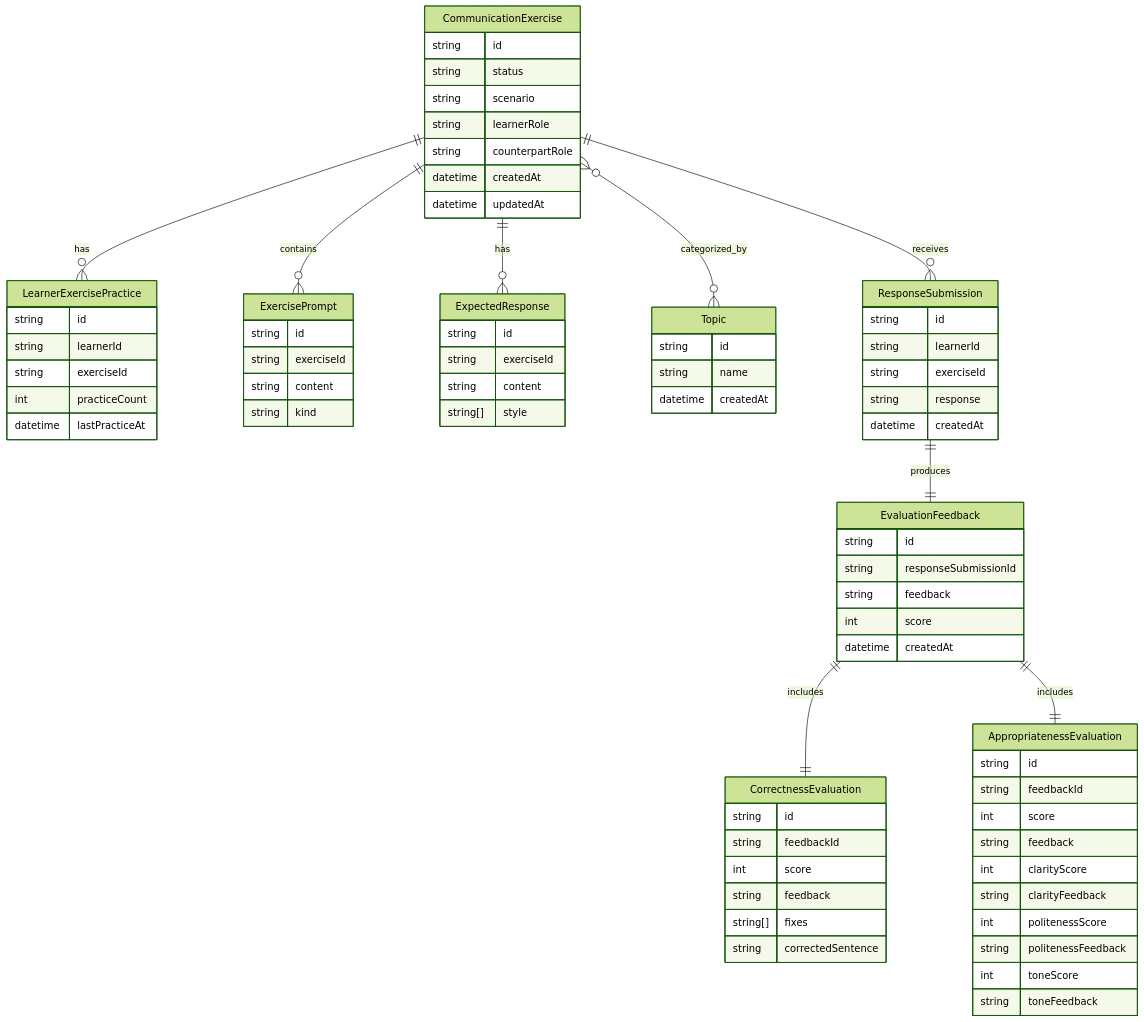
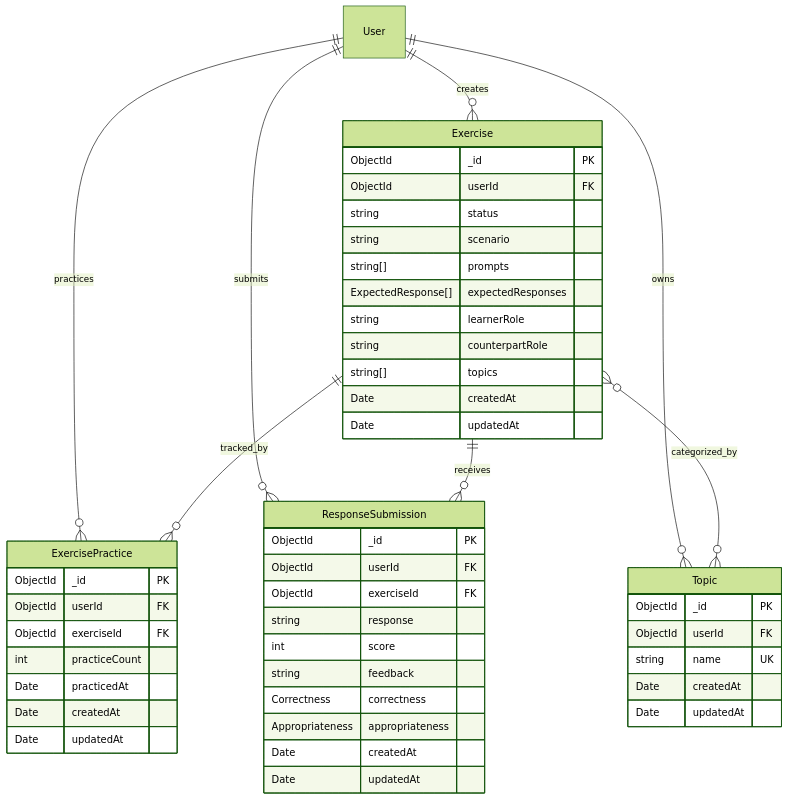
Before and after one commit to lamhq/fluento: the diagram in docs/design/data/communication.md, drawn with Mermaid (forest theme). The commit also changed other lines of this file and 123 other files, not shown here.

````diff
--- a/docs/design/data/communication.md
+++ b/docs/design/data/communication.md
@@ -9,90 +9,55 @@
 ```mermaid
 erDiagram
-    CommunicationExercise ||--o{ LearnerExercisePractice : has
-    CommunicationExercise ||--o{ ExercisePrompt : contains
-    CommunicationExercise ||--o{ ExpectedResponse : has
-    CommunicationExercise }o--o{ Topic : categorized_by
-    CommunicationExercise ||--o{ ResponseSubmission : receives
+    User ||--o{ Exercise : creates
+    User ||--o{ Topic : owns
+    User ||--o{ ExercisePractice : practices
+    User ||--o{ ResponseSubmission : submits
+    Exercise ||--o{ ExercisePractice : tracked_by
+    Exercise ||--o{ ResponseSubmission : receives
+    Exercise }o--o{ Topic : categorized_by
 
-    ResponseSubmission ||--|| EvaluationFeedback : produces
-    EvaluationFeedback ||--|| CorrectnessEvaluation : includes
-    EvaluationFeedback ||--|| AppropriatenessEvaluation : includes
+    Exercise {
+        ObjectId _id PK
+        ObjectId userId FK
+        string status
+        string scenario
+        string[] prompts
+        ExpectedResponse[] expectedResponses
+        string learnerRole
+        string counterpartRole
+        string[] topics
+        Date createdAt
+        Date updatedAt
+    }
 
     Topic {
-        string id
-        string name
-        datetime createdAt
+        ObjectId _id PK
+        ObjectId userId FK
+        string name UK
+        Date createdAt
+        Date updatedAt
     }
 
-    CommunicationExercise {
-        string id
-        string status
-        string scenario
-        string learnerRole
-        string counterpartRole
-        datetime createdAt
-        datetime updatedAt
-    }
-
-    %% status must be one of: active, archived
-
-    ExercisePrompt {
-        string id
-        string exerciseId
-        string content
-        string kind
-    }
-
-    ExpectedResponse {
-        string id
-        string exerciseId
-        string content
-        string[] style
-    }
-
-    LearnerExercisePractice {
-        string id
-        string learnerId
-        string exerciseId
+    ExercisePractice {
+        ObjectId _id PK
+        ObjectId userId FK
+        ObjectId exerciseId FK
         int practiceCount
-        datetime lastPracticeAt
+        Date practicedAt
+        Date createdAt
+        Date updatedAt
     }
 
     ResponseSubmission {
-        string id
-        string learnerId
-        string exerciseId
+        ObjectId _id PK
+        ObjectId userId FK
+        ObjectId exerciseId FK
         string response
-        datetime createdAt
-    }
-
-    EvaluationFeedback {
-        string id
-        string responseSubmissionId
-        string feedback
-        int score
-        datetime createdAt
-    }
-
-    CorrectnessEvaluation {
-        string id
-        string feedbackId
         int score
         string feedback
-        string[] fixes
-        string correctedSentence
-    }
-
-    AppropriatenessEvaluation {
-        string id
-        string feedbackId
-        int score
-        string feedback
-        int clarityScore
-        string clarityFeedback
-        int politenessScore
-        string politenessFeedback
-        int toneScore
-        string toneFeedback
+        Correctness correctness
+        Appropriateness appropriateness
+        Date createdAt
+        Date updatedAt
     }
 ```
````
